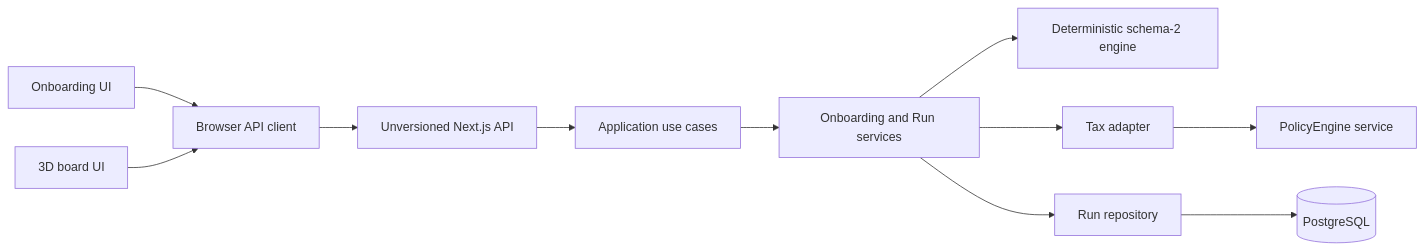
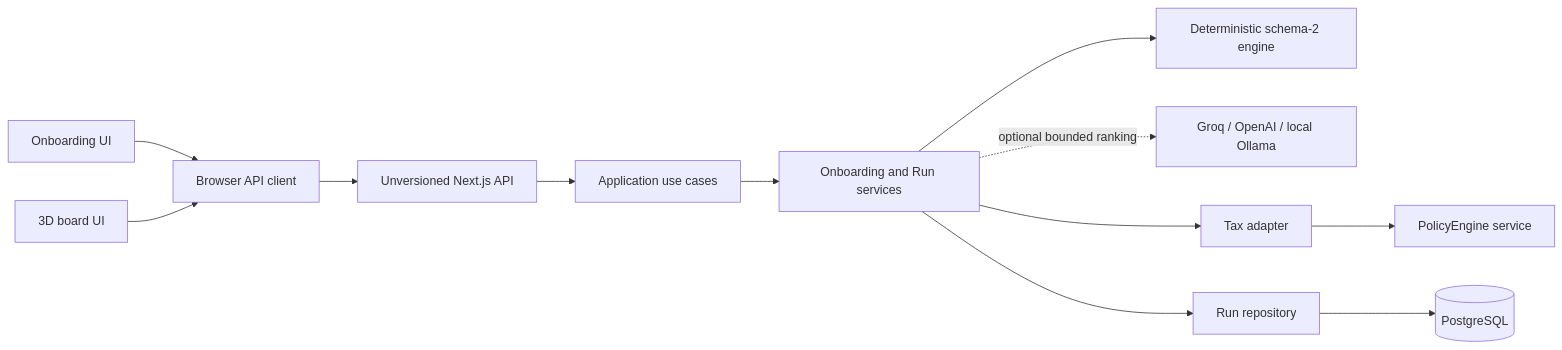
Before and after one commit to tiennguyentony/life_finance: the first of 2 diagrams in docs/architecture/overview.md, drawn with Mermaid. The commit also changed other lines of this file and 2 other files, not shown here.

````diff
--- a/docs/architecture/overview.md
+++ b/docs/architecture/overview.md
@@ -5,13 +5,14 @@
 ```mermaid
 flowchart LR
   O[Onboarding UI] --> C[Browser API client]
   B[3D board UI] --> C
   C --> H[Unversioned Next.js API]
   H --> A[Application use cases]
   A --> S[Onboarding and Run services]
   S --> E[Deterministic schema-2 engine]
+  S -. optional bounded ranking .-> AI[Groq / OpenAI / local Ollama]
   S --> T[Tax adapter]
   S --> R[Run repository]
   R --> P[(PostgreSQL)]
   T --> X[PolicyEngine service]
 ```
````
